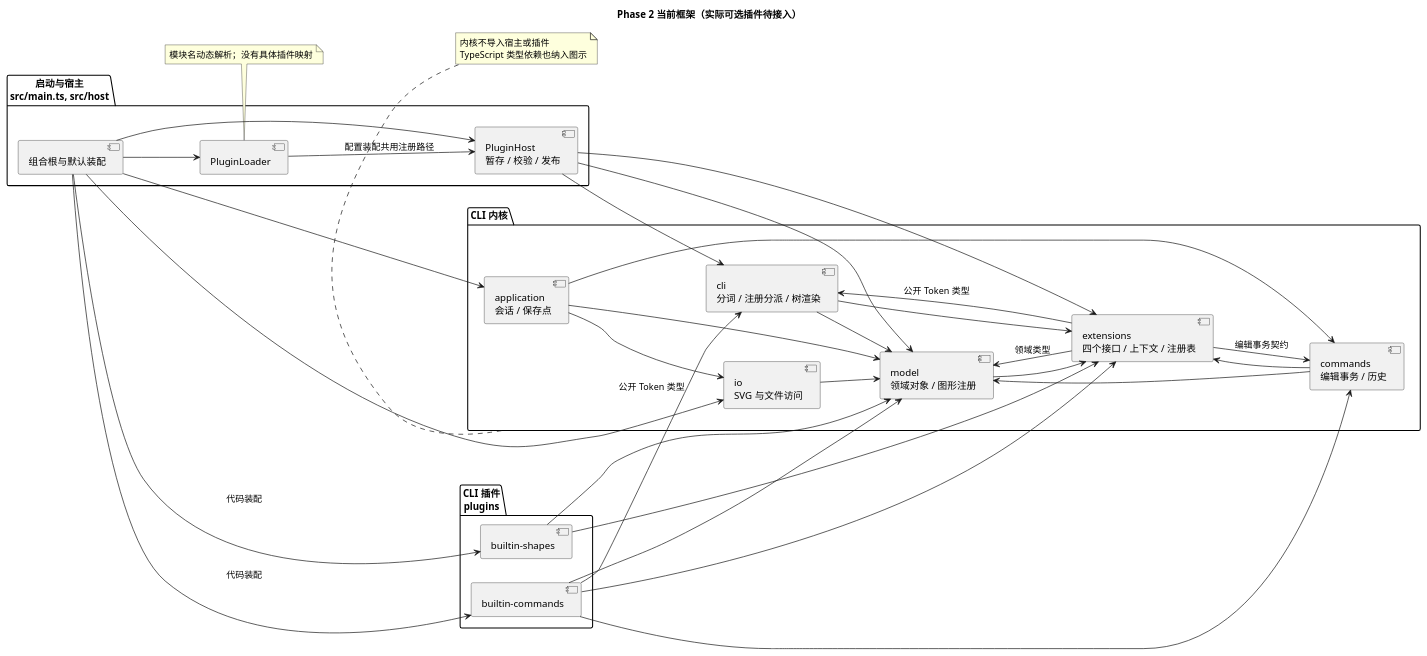
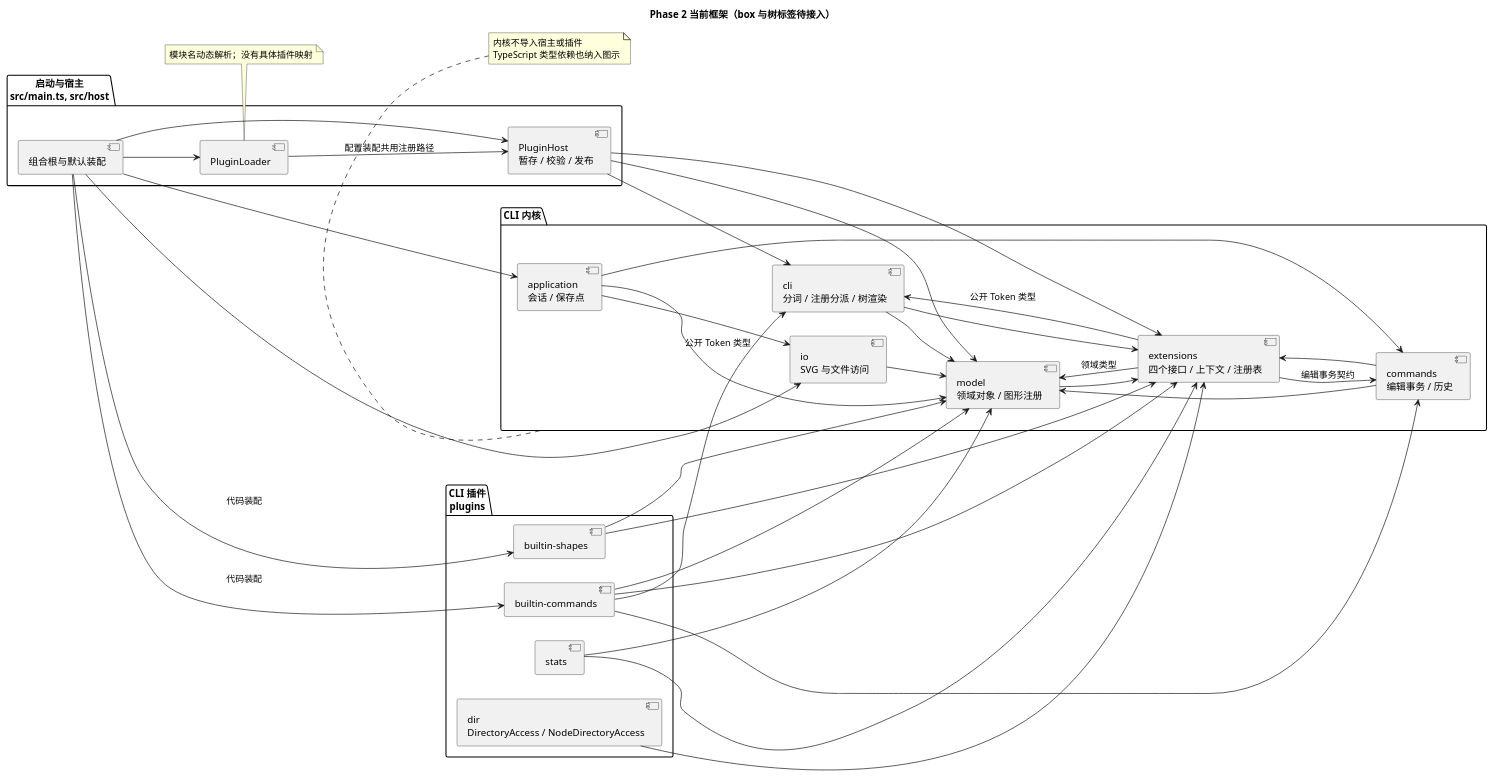
One commit to tipsy-lotus/pj1-svg-editor changed the diagram in doc/architecture-phase2.puml. Above: the diagram before and after it, drawn with PlantUML. The commit also changed 12 other files, not shown here.

```diff
--- a/doc/architecture-phase2.puml
+++ b/doc/architecture-phase2.puml
@@ -1,56 +1,61 @@
 @startuml
-title Phase 2 当前框架（实际可选插件待接入）
+title Phase 2 当前框架（box 与树标签待接入）
 left to right direction
 package "启动与宿主\nsrc/main.ts, src/host" as Host {
   [组合根与默认装配] as Main
   [PluginLoader] as Loader
   [PluginHost\n暂存 / 校验 / 发布] as Activation
 }
 package "CLI 内核" as Core {
   [cli\n分词 / 注册分派 / 树渲染] as CLI
   [application\n会话 / 保存点] as App
   [commands\n编辑事务 / 历史] as Cmd
   [model\n领域对象 / 图形注册] as Model
   [io\nSVG 与文件访问] as IO
   [extensions\n四个接口 / 上下文 / 注册表] as API
 }
 package "CLI 插件\nplugins" as Plugins {
   [builtin-shapes] as Shapes
   [builtin-commands] as Commands
+  [stats] as Stats
+  [dir\nDirectoryAccess / NodeDirectoryAccess] as Dir
 }
 Main --> Loader
 Main --> Activation
 Main --> Shapes : 代码装配
 Main --> Commands : 代码装配
 Main --> App
 Main --> IO
 Loader --> Activation : 配置装配共用注册路径
 Activation --> API
 Activation --> CLI
 Activation --> Model
 CLI --> API
 CLI --> Model
 App --> Cmd
 App --> Model
 App --> IO
 Cmd --> API
 Cmd --> Model
 Model --> API
 IO --> Model
 API --> Model : 领域类型
 API --> Cmd : 编辑事务契约
 API --> CLI : 公开 Token 类型
 Shapes --> API
 Shapes --> Model
 Commands --> API
 Commands --> Cmd
 Commands --> Model
 Commands --> CLI : 公开 Token 类型
+Stats --> API
+Stats --> Model
+Dir --> API
 note bottom of Loader
   模块名动态解析；没有具体插件映射
 end note
 note bottom of Core
   内核不导入宿主或插件
   TypeScript 类型依赖也纳入图示
 end note
 @enduml
```
